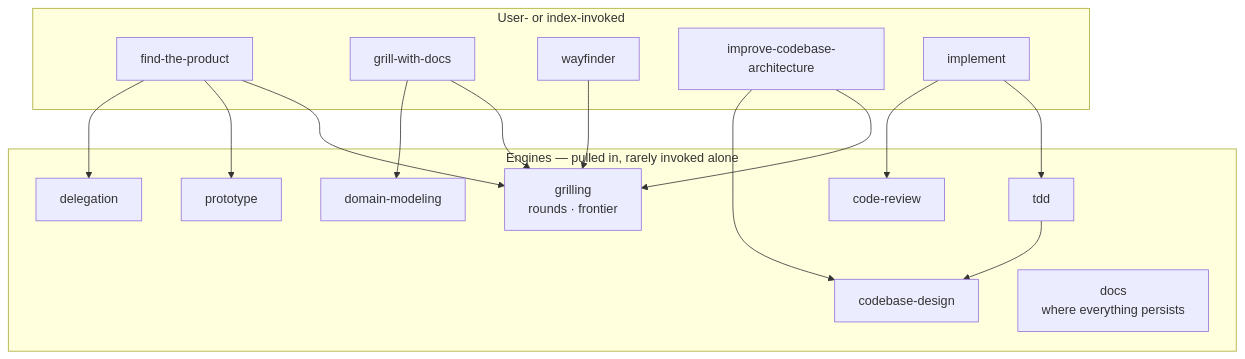
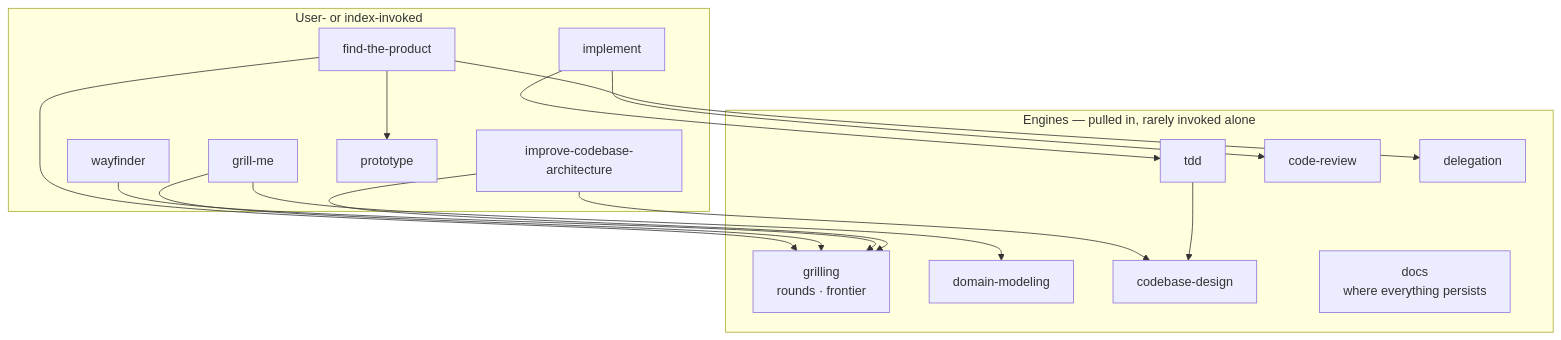
Before and after one commit to positive-energy-labs/Pe.Tools: the third of 4 diagrams in .agents/skills/index/FLOWS.md, drawn with Mermaid. The commit also changed other lines of this file and 27 other files, not shown here.

````diff
--- a/.agents/skills/index/FLOWS.md
+++ b/.agents/skills/index/FLOWS.md
@@ -35,26 +35,26 @@
 ```mermaid
 flowchart TD
     subgraph invoke["User- or index-invoked"]
       FTPX["find-the-product"]
-      GWD["grill-with-docs"]
+      GWD["grill-me"]
       WAY["wayfinder"]
       ARC["improve-codebase-architecture"]
       IMPL["implement"]
+      PRX["prototype"]
     end
     subgraph eng["Engines — pulled in, rarely invoked alone"]
       GRL["grilling<br/>rounds · frontier"]
       TDDX["tdd"]
       CRX["code-review"]
       DMX["domain-modeling"]
       CDX["codebase-design"]
       DLG["delegation"]
-      PRX["prototype"]
       DOCS["docs<br/>where everything persists"]
     end
     FTPX --> GRL & PRX & DLG
     GWD --> GRL & DMX
     WAY --> GRL
     ARC --> GRL & CDX
     IMPL --> TDDX & CRX
     TDDX --> CDX
 ```
````
